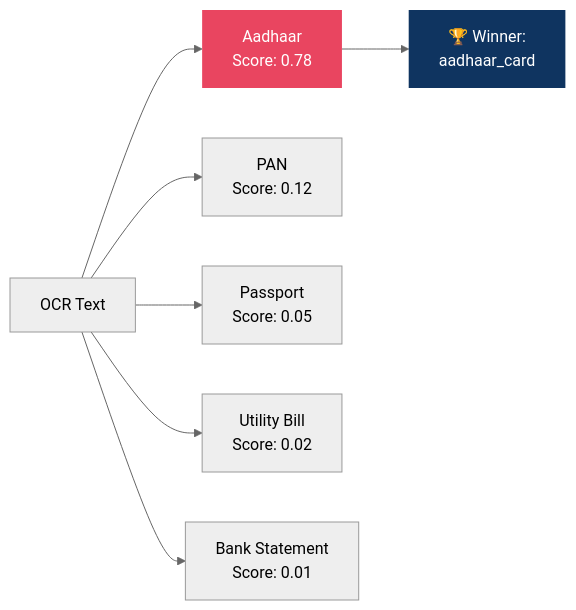
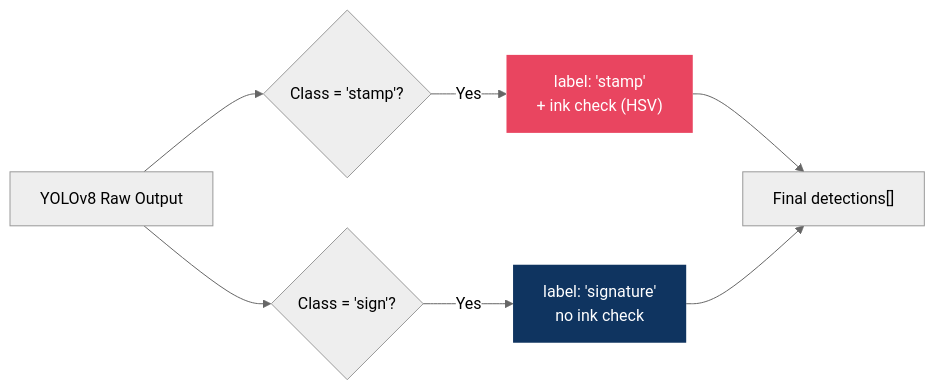
The sixth of 11 diagrams in ARCHITECTURE.md (Sakshisingh-BV/Intellicheck-Docs), drawn with Mermaid (neutral theme) before and after one commit. The commit also changed other lines of this file, not shown here.

````diff
--- a/ARCHITECTURE.md
+++ b/ARCHITECTURE.md
@@ -238,13 +387,14 @@
 ```mermaid
 graph LR
-    TXT["OCR Text"] --> S1["Aadhaar<br/>Score: 0.78"]
-    TXT --> S2["PAN<br/>Score: 0.12"]
-    TXT --> S3["Passport<br/>Score: 0.05"]
-    TXT --> S4["Utility Bill<br/>Score: 0.02"]
-    TXT --> S5["Bank Statement<br/>Score: 0.01"]
+    YOLO["YOLOv8 Raw Output"] --> C1{"Class = 'stamp'?"}
+    YOLO --> C2{"Class = 'sign'?"}
     
-    S1 --> W["🏆 Winner:<br/>aadhaar_card"]
+    C1 -->|Yes| S1["label: 'stamp'<br/>+ ink check (HSV)"]
+    C2 -->|Yes| S2["label: 'signature'<br/>no ink check"]
     
-    style W fill:#0f3460,color:#fff,stroke:none
+    S1 --> OUT["Final detections[]"]
+    S2 --> OUT
+    
     style S1 fill:#e94560,color:#fff,stroke:none
+    style S2 fill:#0f3460,color:#fff,stroke:none
 ```
````
